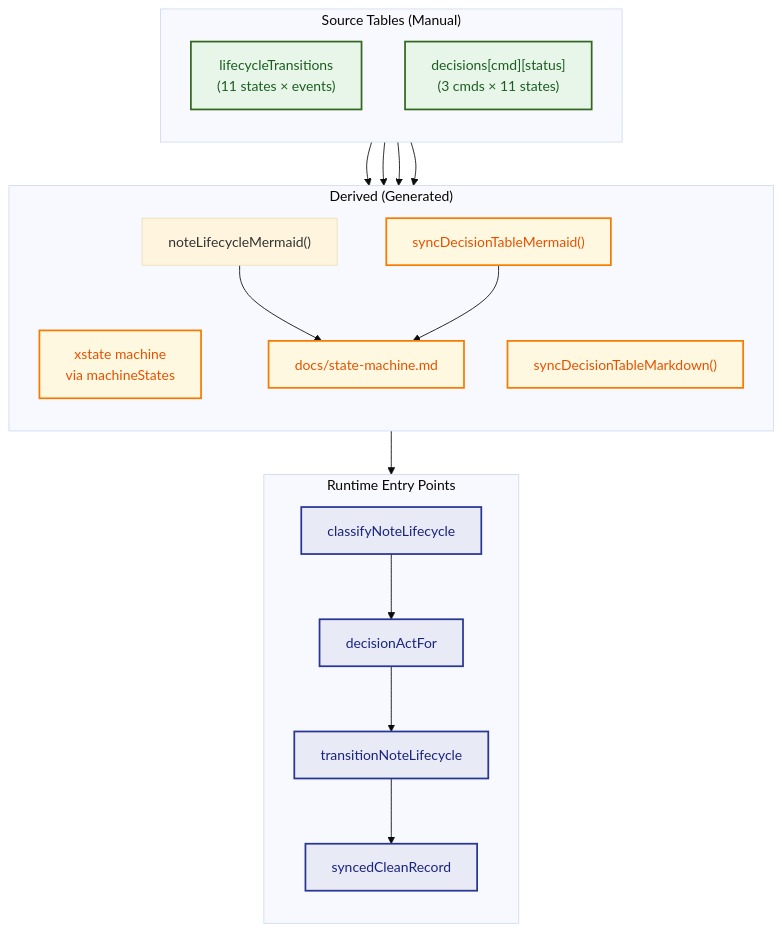
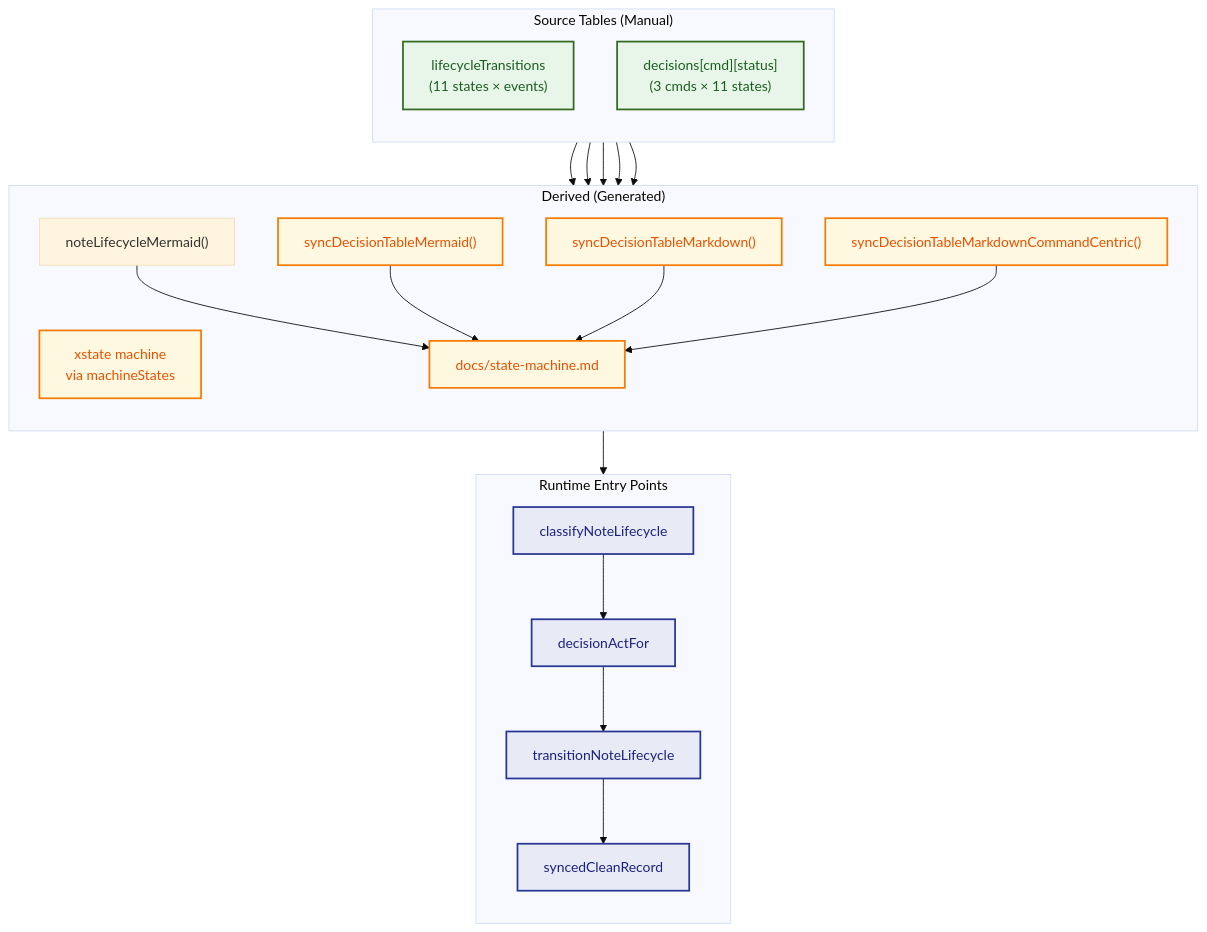
The fourth of 6 diagrams in docs/state-machine.md (Karol-Szykula/AnkiPalace), drawn with Mermaid (base theme) before and after one commit. The commit also changed other lines of this file and 1 other file, not shown here.

Commit message:
Update diagrams

````diff
--- a/docs/state-machine.md
+++ b/docs/state-machine.md
@@ -259,45 +262,49 @@
 ```mermaid
 flowchart TB
   subgraph SOURCE["Source Tables (Manual)"]
     direction TB
     LT["lifecycleTransitions<br/>(11 states × events)"]
     DT["decisions[cmd][status]<br/>(3 cmds × 11 states)"]
   end
 
   subgraph GEN["Derived (Generated)"]
     direction TB
     XSTATE["xstate machine<br/>via machineStates"]
     MERMAID_LC["noteLifecycleMermaid()"]
     MERMAID_DT["syncDecisionTableMermaid()"]
     MD_TABLE["syncDecisionTableMarkdown()"]
+    MD_TABLE_CMD["syncDecisionTableMarkdownCommandCentric()"]
     DOC["docs/state-machine.md"]
   end
 
   subgraph RUNTIME["Runtime Entry Points"]
     direction TB
     CLASSIFY["classifyNoteLifecycle"]
     DECIDE["decisionActFor"]
     TRANSIT["transitionNoteLifecycle"]
     LEDGER["syncedCleanRecord"]
   end
 
   LT --> XSTATE
   LT --> MERMAID_LC
   DT --> MERMAID_DT
   DT --> MD_TABLE
+  DT --> MD_TABLE_CMD
   MERMAID_LC --> DOC
   MERMAID_DT --> DOC
+  MD_TABLE --> DOC
+  MD_TABLE_CMD --> DOC
   XSTATE --> TRANSIT
 
   CLASSIFY --> DECIDE
   DECIDE --> TRANSIT
   TRANSIT --> LEDGER
 
   classDef src fill:#e8f5e9,stroke:#33691e,stroke-width:2px,color:#1b5e20;
   classDef gen fill:#fff8e1,stroke:#f57c00,stroke-width:2px,color:#e65100;
   classDef run fill:#e8eaf6,stroke:#283593,stroke-width:2px,color:#1a237e;
   classDef doc fill:#fce4ec,stroke:#ad1457,stroke-width:2px,color:#880e4f;
   class LT,DT src;
-  class XSTATE,MERMAID_DT,MD_TABLE,DOC gen;
+  class XSTATE,MERMAID_DT,MD_TABLE,MD_TABLE_CMD,DOC gen;
   class CLASSIFY,DECIDE,TRANSIT,LEDGER run;
 ```
````
